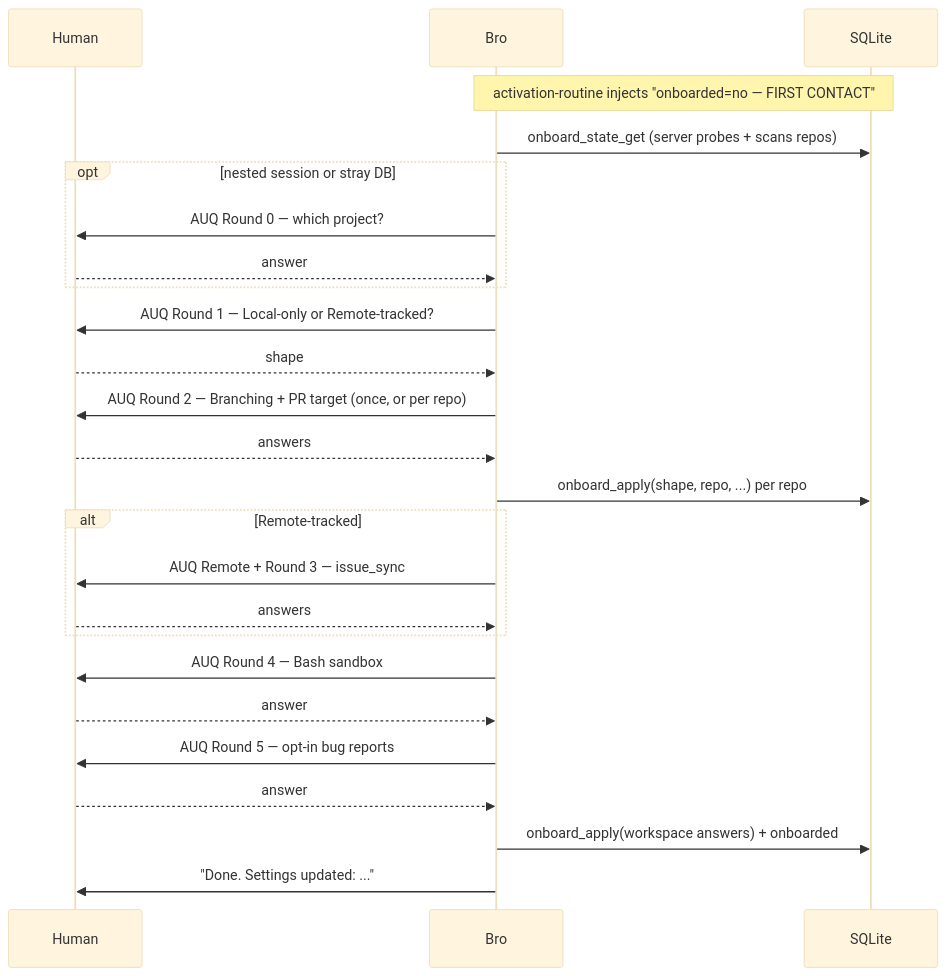
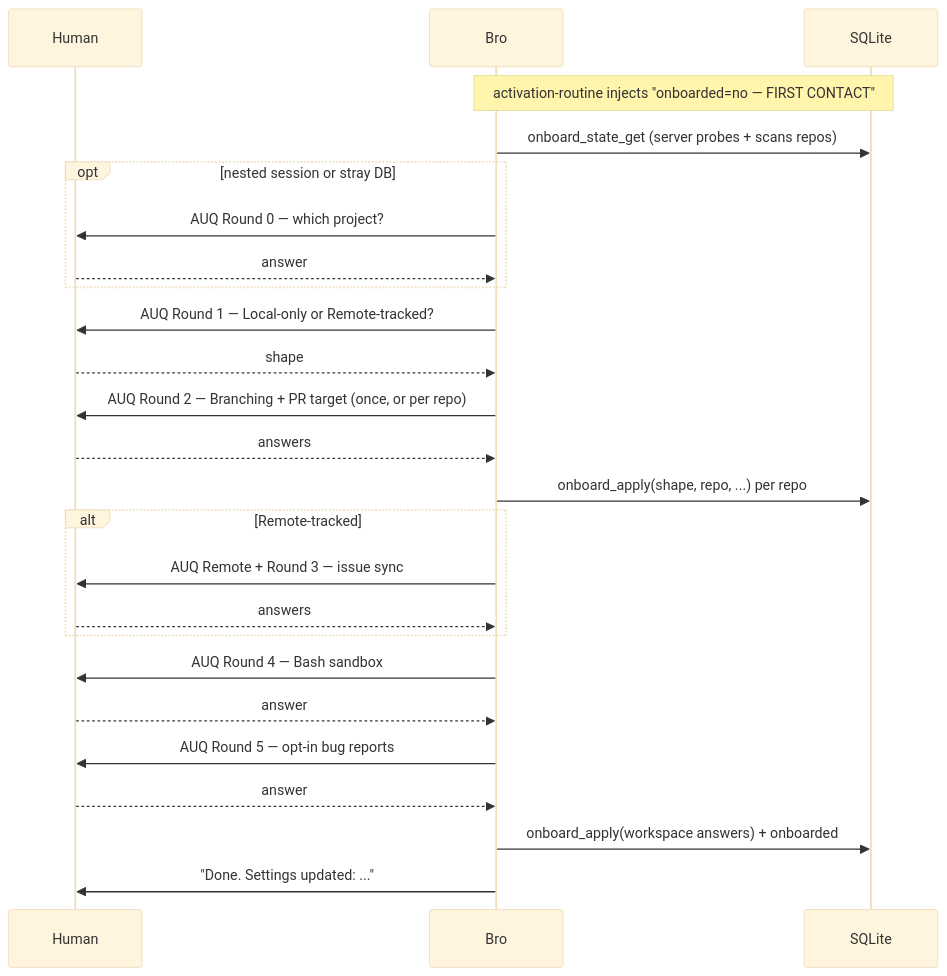
The second of 6 diagrams in docs/architecture/FLOWS.md (trustmybot/plugin), drawn with Mermaid (base theme) before and after one commit. The commit also changed other lines of this file and 1 other file, not shown here.

First line of the commit message:
📝 docs(architecture): rewrite FLOWS.md at architecture level (#2828)

````diff
--- a/docs/architecture/FLOWS.md
+++ b/docs/architecture/FLOWS.md
@@ -100,29 +102,29 @@
 ```mermaid
 sequenceDiagram
     participant H as Human
     participant G as Bro
     participant DB as SQLite
 
     Note over G,DB: activation-routine injects "onboarded=no — FIRST CONTACT"
 
     G->>DB: onboard_state_get (server probes + scans repos)
     opt nested session or stray DB
         G->>H: AUQ Round 0 — which project?
         H-->>G: answer
     end
     G->>H: AUQ Round 1 — Local-only or Remote-tracked?
     H-->>G: shape
     G->>H: AUQ Round 2 — Branching + PR target (once, or per repo)
     H-->>G: answers
     G->>DB: onboard_apply(shape, repo, ...) per repo
     alt Remote-tracked
-        G->>H: AUQ Remote + Round 3 — issue_sync
+        G->>H: AUQ Remote + Round 3 — issue sync
         H-->>G: answers
     end
     G->>H: AUQ Round 4 — Bash sandbox
     H-->>G: answer
     G->>H: AUQ Round 5 — opt-in bug reports
     H-->>G: answer
     G->>DB: onboard_apply(workspace answers) + onboarded
     G->>H: "Done. Settings updated: ..."
 ```
````
